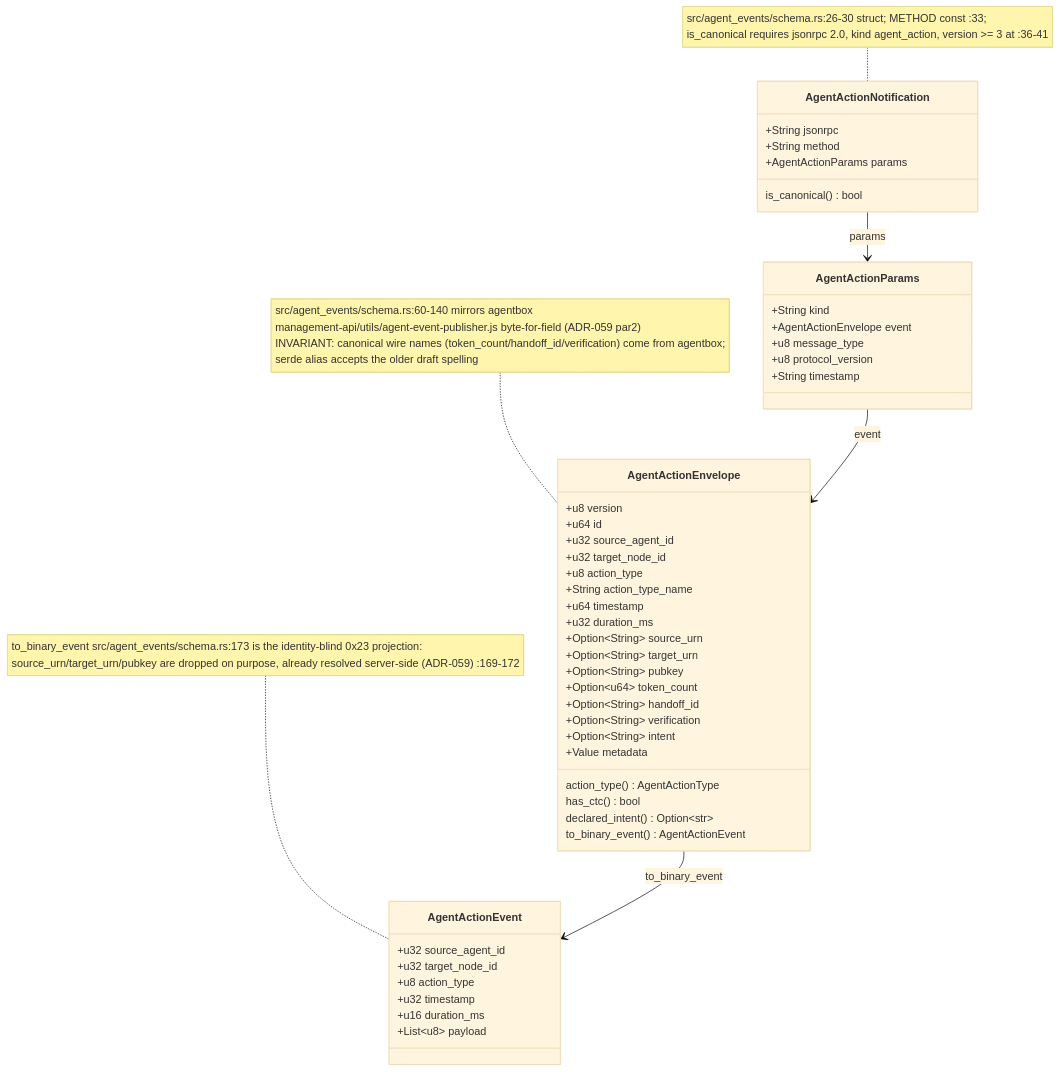
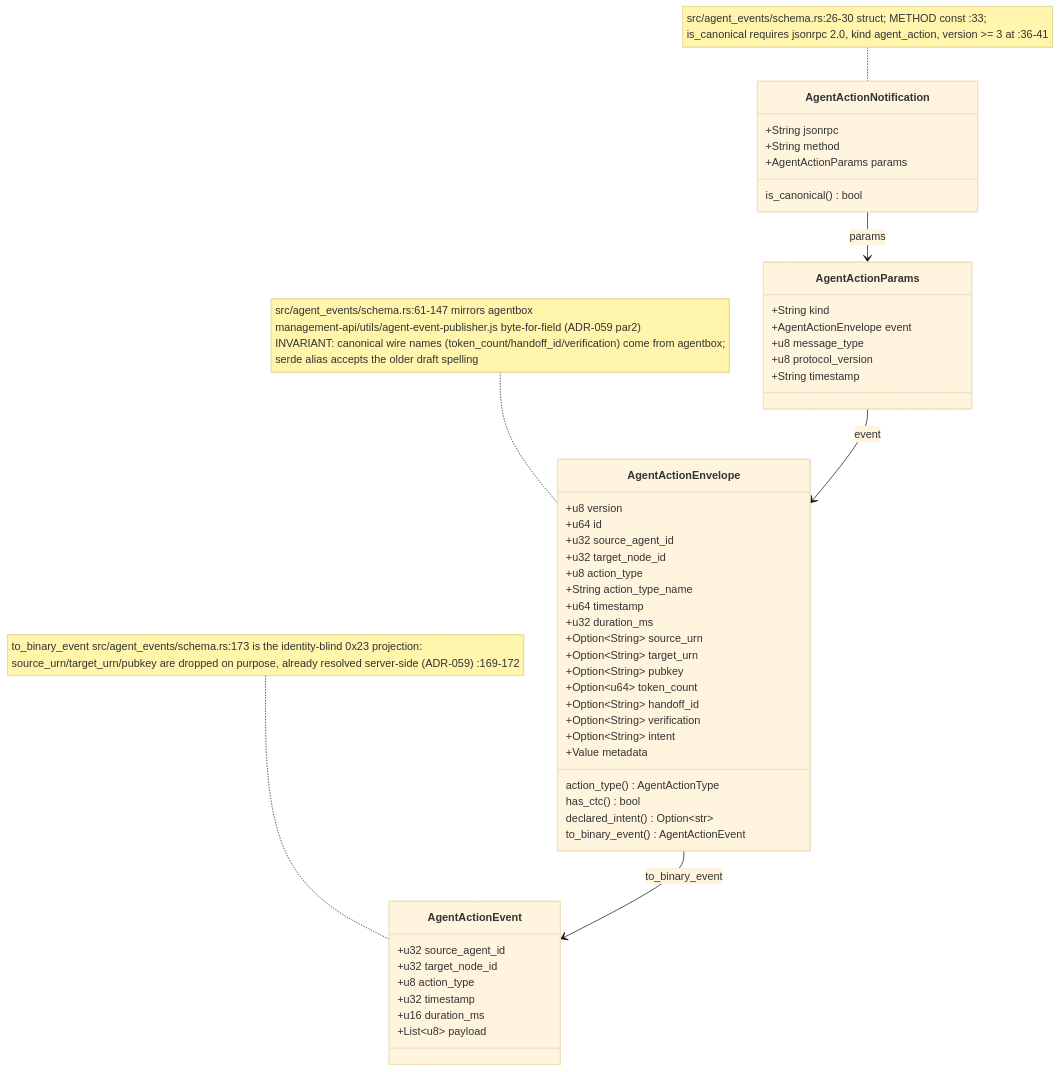
The first of 12 diagrams in docs/diagrams/estate/03-cross-repo-federation-contract.md (DreamLab-AI/VisionFlow), drawn with Mermaid (base theme) before and after one commit. The commit also changed other lines of this file and 160 other files, not shown here.

````diff
--- a/docs/diagrams/estate/03-cross-repo-federation-contract.md
+++ b/docs/diagrams/estate/03-cross-repo-federation-contract.md
@@ -43,52 +43,52 @@
 ```mermaid
 classDiagram
     class AgentActionNotification {
       +String jsonrpc
       +String method
       +AgentActionParams params
       is_canonical() bool
     }
     class AgentActionParams {
       +String kind
       +AgentActionEnvelope event
       +u8 message_type
       +u8 protocol_version
       +String timestamp
     }
     class AgentActionEnvelope {
       +u8 version
       +u64 id
       +u32 source_agent_id
       +u32 target_node_id
       +u8 action_type
       +String action_type_name
       +u64 timestamp
       +u32 duration_ms
       +Option~String~ source_urn
       +Option~String~ target_urn
       +Option~String~ pubkey
       +Option~u64~ token_count
       +Option~String~ handoff_id
       +Option~String~ verification
       +Option~String~ intent
       +Value metadata
       action_type() AgentActionType
       has_ctc() bool
       declared_intent() Option~str~
       to_binary_event() AgentActionEvent
     }
     class AgentActionEvent {
       +u32 source_agent_id
       +u32 target_node_id
       +u8 action_type
       +u32 timestamp
       +u16 duration_ms
       +List~u8~ payload
     }
     AgentActionNotification --> AgentActionParams : params
     AgentActionParams --> AgentActionEnvelope : event
     AgentActionEnvelope --> AgentActionEvent : to_binary_event
     note for AgentActionNotification "src/agent_events/schema.rs:26-30 struct; METHOD const :33;<br/>is_canonical requires jsonrpc 2.0, kind agent_action, version >= 3 at :36-41"
-    note for AgentActionEnvelope "src/agent_events/schema.rs:60-140 mirrors agentbox<br/>management-api/utils/agent-event-publisher.js byte-for-field (ADR-059 par2)<br/>INVARIANT: canonical wire names (token_count/handoff_id/verification) come from agentbox;<br/>serde alias accepts the older draft spelling"
+    note for AgentActionEnvelope "src/agent_events/schema.rs:61-147 mirrors agentbox<br/>management-api/utils/agent-event-publisher.js byte-for-field (ADR-059 par2)<br/>INVARIANT: canonical wire names (token_count/handoff_id/verification) come from agentbox;<br/>serde alias accepts the older draft spelling"
     note for AgentActionEvent "to_binary_event src/agent_events/schema.rs:173 is the identity-blind 0x23 projection:<br/>source_urn/target_urn/pubkey are dropped on purpose, already resolved server-side (ADR-059) :169-172"
 ```
````
